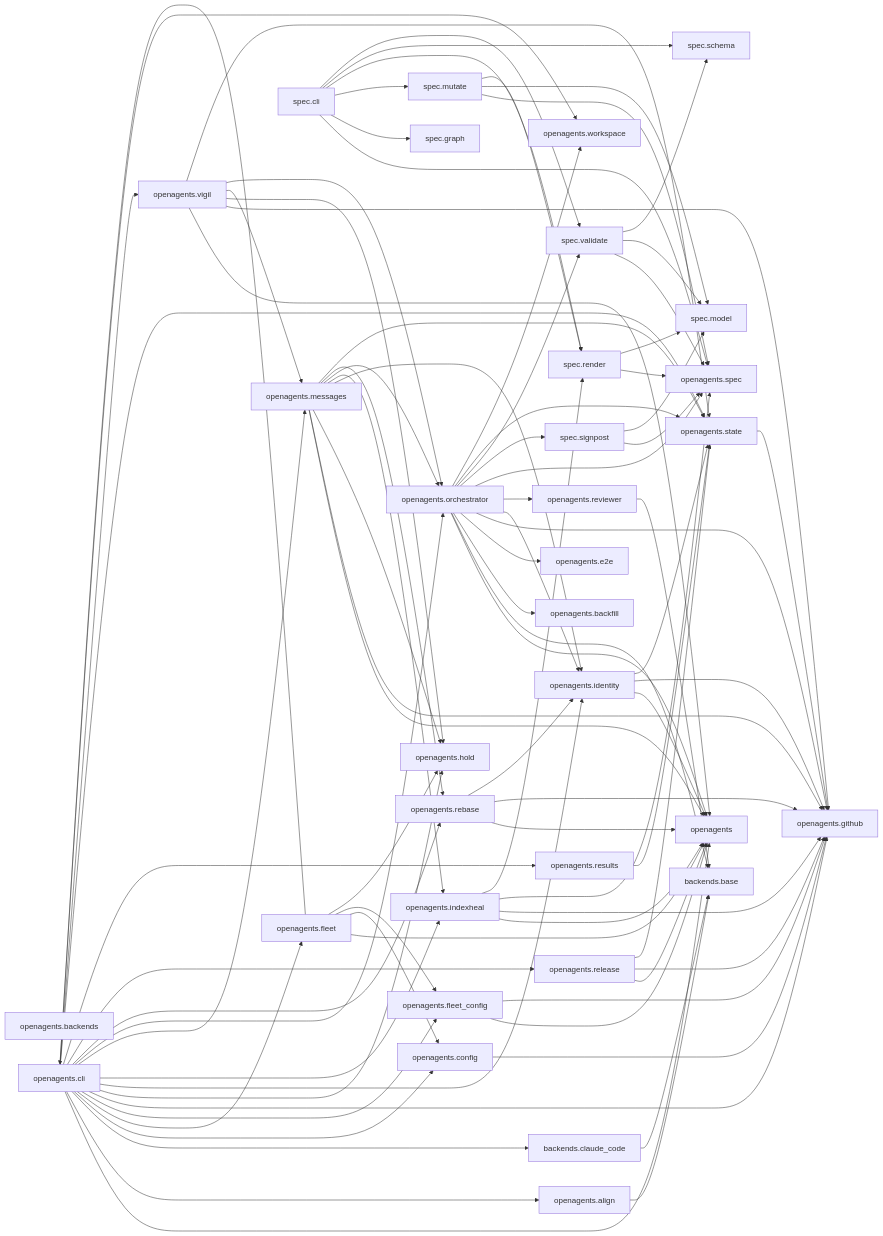
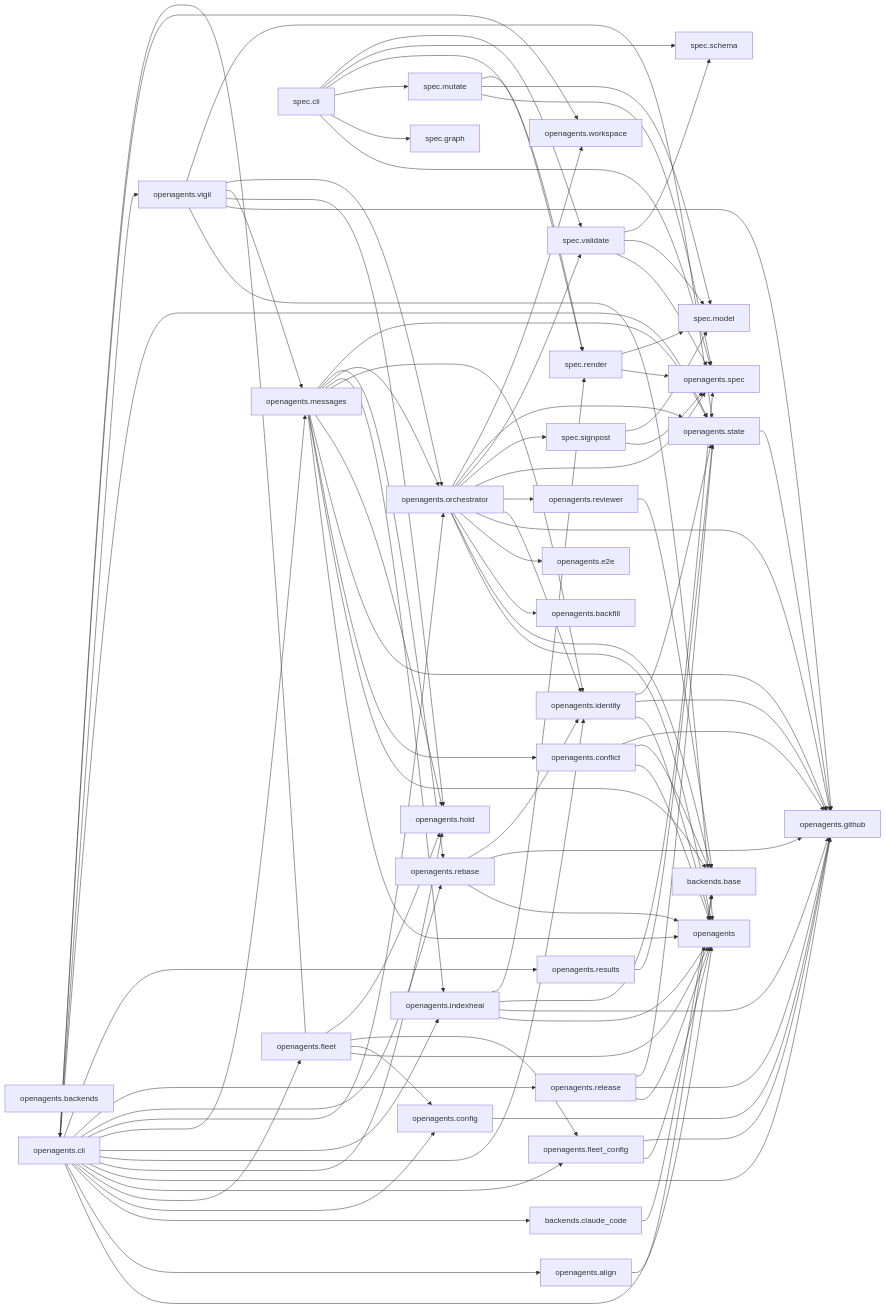
The diagram in docs/specs/ARCHITECTURE.md (Curry09/OpenAgents), drawn with Mermaid before and after one commit. The commit also changed other lines of this file and 15 other files, not shown here.

```diff
--- a/docs/specs/ARCHITECTURE.md
+++ b/docs/specs/ARCHITECTURE.md
@@ -70,6 +71,7 @@
     nopenagents_backfill["openagents.backfill"]
     nopenagents_cli["openagents.cli"]
     nopenagents_config["openagents.config"]
+    nopenagents_conflict["openagents.conflict"]
     nopenagents_e2e["openagents.e2e"]
     nopenagents_fleet["openagents.fleet"]
     nopenagents_fleet_config["openagents.fleet_config"]
@@ -116,6 +118,9 @@
     nopenagents_cli --> nopenagents_vigil
     nopenagents_cli --> nopenagents_workspace
     nopenagents_config --> nopenagents_github
+    nopenagents_conflict --> nopenagents
+    nopenagents_conflict --> nopenagents_backends_base
+    nopenagents_conflict --> nopenagents_github
     nopenagents_fleet --> nopenagents
     nopenagents_fleet --> nopenagents_cli
     nopenagents_fleet --> nopenagents_config
@@ -131,6 +136,8 @@
     nopenagents_indexheal --> nopenagents_spec
     nopenagents_indexheal --> nopenagents_spec_render
     nopenagents_messages --> nopenagents
+    nopenagents_messages --> nopenagents_backends_base
+    nopenagents_messages --> nopenagents_conflict
     nopenagents_messages --> nopenagents_github
     nopenagents_messages --> nopenagents_hold
     nopenagents_messages --> nopenagents_identity
```
